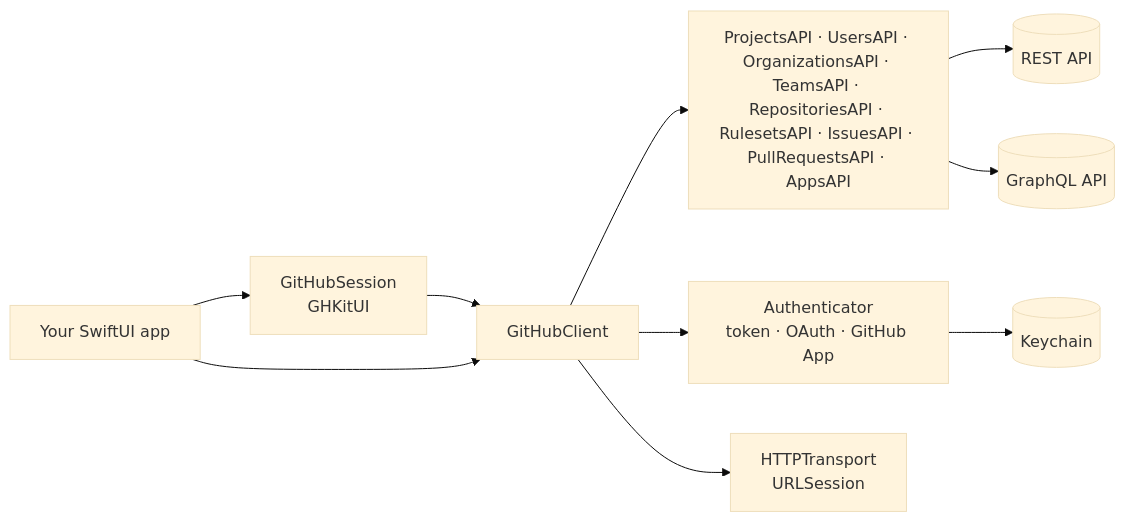
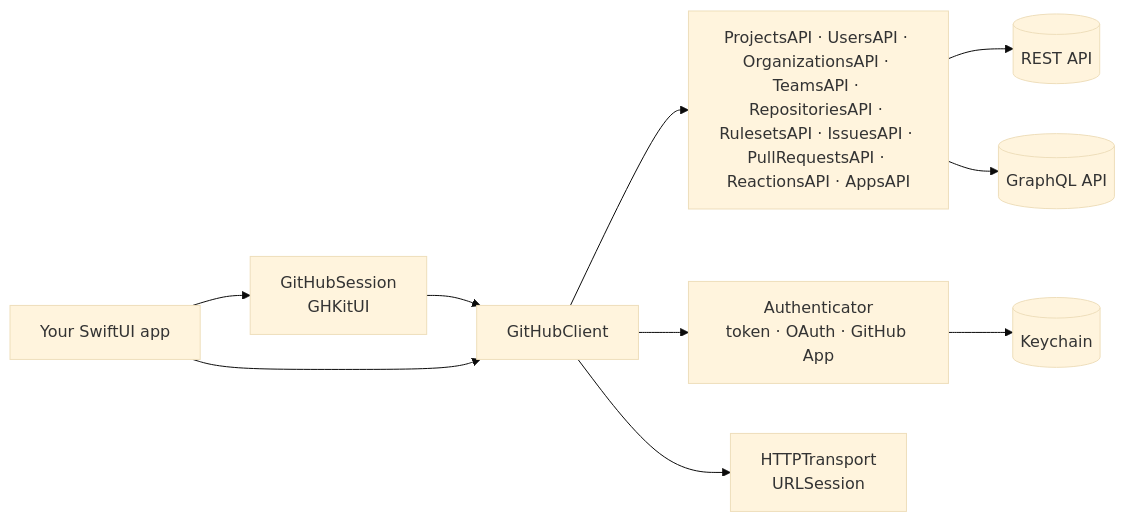
One commit to emmanuel-defreitas/GHKit changed the diagram in README.md. Above: the diagram before and after it, drawn with Mermaid (base theme). The commit also changed 10 other files, not shown here.

````diff
--- a/README.md
+++ b/README.md
@@ -331,12 +331,12 @@
 ```mermaid
 graph LR
     App[Your SwiftUI app] --> Session[GitHubSession<br/>GHKitUI]
     Session --> Client[GitHubClient]
     App --> Client
-    Client --> APIs[ProjectsAPI · UsersAPI · OrganizationsAPI · TeamsAPI · RepositoriesAPI · RulesetsAPI · IssuesAPI · PullRequestsAPI · AppsAPI]
+    Client --> APIs[ProjectsAPI · UsersAPI · OrganizationsAPI · TeamsAPI · RepositoriesAPI · RulesetsAPI · IssuesAPI · PullRequestsAPI · ReactionsAPI · AppsAPI]
     Client --> Auth[Authenticator<br/>token · OAuth · GitHub App]
     Client --> Transport[HTTPTransport<br/>URLSession]
     APIs --> REST[(REST API)]
     APIs --> GQL[(GraphQL API)]
     Auth --> Store[(Keychain)]
 ```
````
